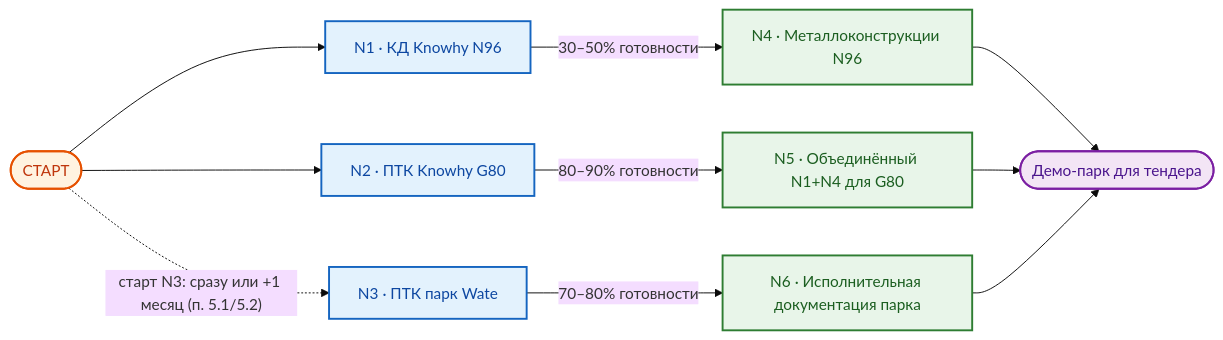
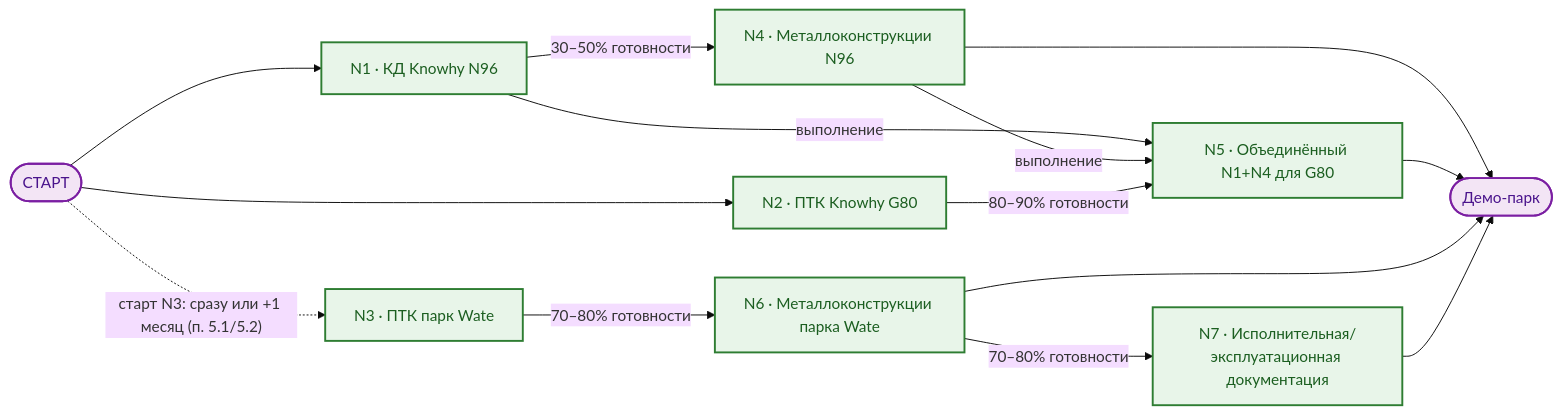
Before and after one commit to Konkery/Project-8_2026-N0-HORIZON: the third of 5 diagrams in 04__Договор/pre-contract-negotiations.md, drawn with Mermaid (base theme). The commit also changed other lines of this file and 3 other files, not shown here.

````diff
--- a/04__Договор/pre-contract-negotiations.md
+++ b/04__Договор/pre-contract-negotiations.md
@@ -423,17 +428,21 @@
 ```mermaid
 flowchart LR
     classDef storage fill:#E3F2FD,stroke:#1565C0,stroke-width:2px,color:#0D47A1;
     classDef engine  fill:#FFF3E0,stroke:#E65100,stroke-width:2px,color:#BF360C;
     classDef lib     fill:#E8F5E9,stroke:#2E7D32,stroke-width:2px,color:#1B5E20;
     classDef output  fill:#F3E5F5,stroke:#7B1FA2,stroke-width:2px,color:#4A148C;
 
-    S([СТАРТ]):::engine --> N1[N1 · КД Knowhy N96]:::storage
-    S --> N2[N2 · ПТК Knowhy G80]:::storage
-    S -. "старт N3: сразу или +1 месяц (п. 5.1/5.2)" .-> N3[N3 · ПТК парк Wate]:::storage
+    S([СТАРТ]):::output --> N1[N1 · КД Knowhy N96]:::lib
+    S --> N2[N2 · ПТК Knowhy G80]:::lib
+    S -. "старт N3: сразу или +1 месяц (п. 5.1/5.2)" .-> N3[N3 · ПТК парк Wate]:::lib
     N1 -- 30–50% готовности --> N4[N4 · Металлоконструкции N96]:::lib
-    N2 -- 80–90% готовности --> N5[N5 · Объединённый N1+N4 для G80]:::lib
-    N3 -- 70–80% готовности --> N6[N6 · Исполнительная документация парка]:::lib
-    N4 --> DEMO([Демо-парк для тендера]):::output
+    N1 -- выполнение --> N5[N5 · Объединённый N1+N4 для G80]:::lib
+    N4 -- выполнение --> N5
+    N2 -- 80–90% готовности --> N5
+    N3 -- 70–80% готовности --> N6[N6 · Металлоконструкции парка Wate]:::lib
+    N6 -- 70–80% готовности --> N7[N7 · Исполнительная/эксплуатационная документация]:::lib
+    N4 --> DEMO([Демо-парк]):::output
     N5 --> DEMO
     N6 --> DEMO
+    N7 --> DEMO
 ```
````
